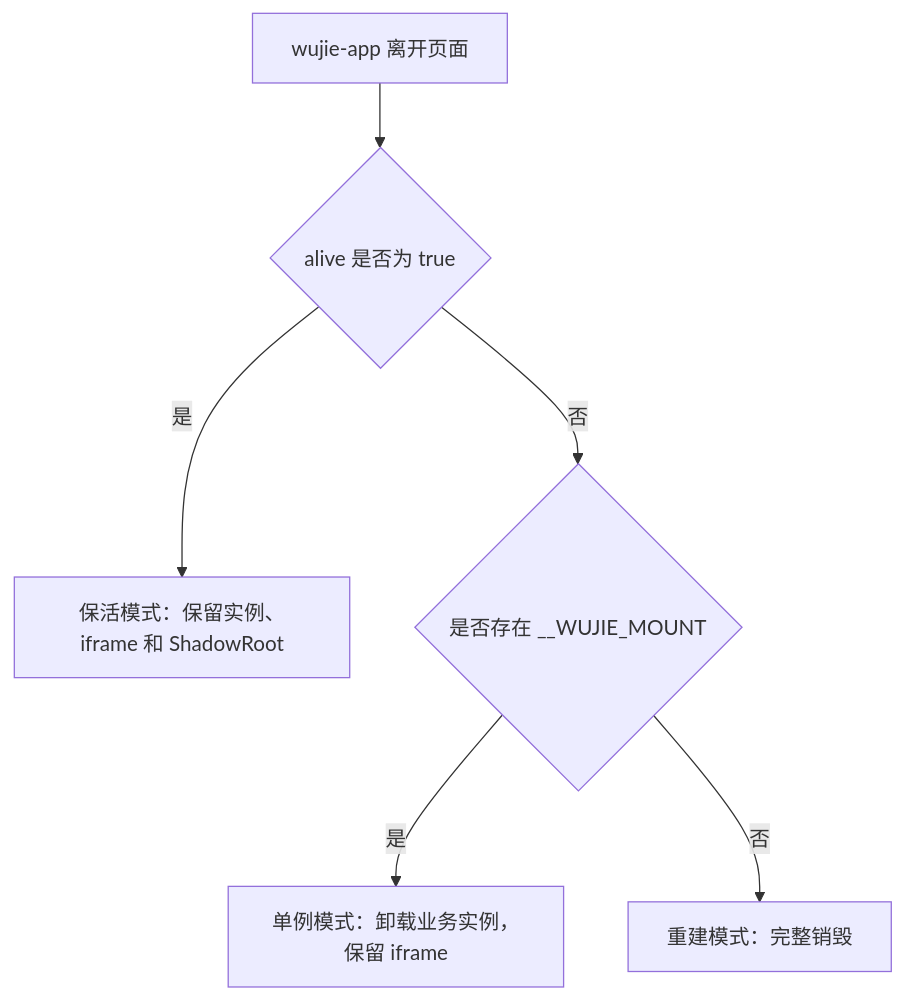
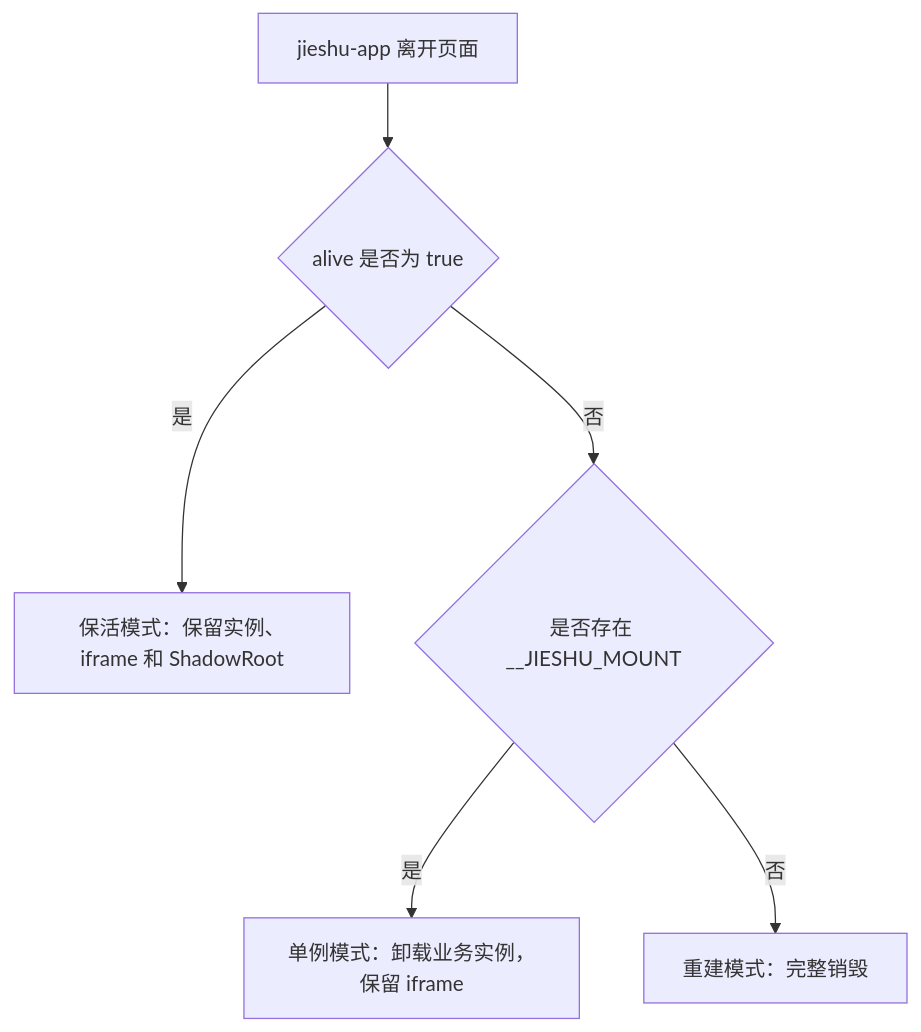
Before and after one commit to WeMadeCode/jieshu: the second of 2 diagrams in notes/implementation-deep-dive.md, drawn with Mermaid. The commit also changed other lines of this file and 371 other files, not shown here.

First line of the commit message:
refactor: rename wujie to jieshu across workspace

````diff
--- a/notes/implementation-deep-dive.md
+++ b/notes/implementation-deep-dive.md
@@ -1620,8 +1620,8 @@
 ```mermaid
 flowchart TD
-    Remove[wujie-app 离开页面] --> Alive{alive 是否为 true}
+    Remove[jieshu-app 离开页面] --> Alive{alive 是否为 true}
     Alive -->|是| Keep[保活模式：保留实例、iframe 和 ShadowRoot]
-    Alive -->|否| Mount{是否存在 __WUJIE_MOUNT}
+    Alive -->|否| Mount{是否存在 __JIESHU_MOUNT}
     Mount -->|是| Single[单例模式：卸载业务实例，保留 iframe]
     Mount -->|否| Rebuild[重建模式：完整销毁]
 ```
````
